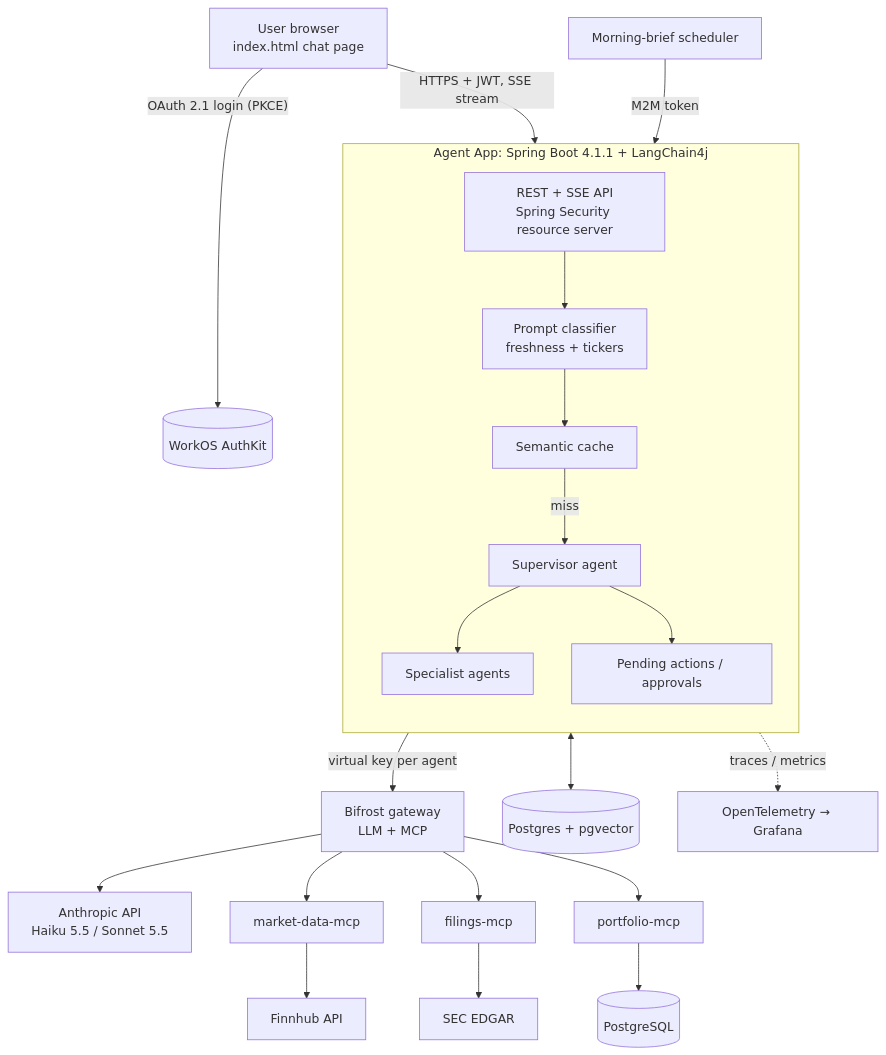
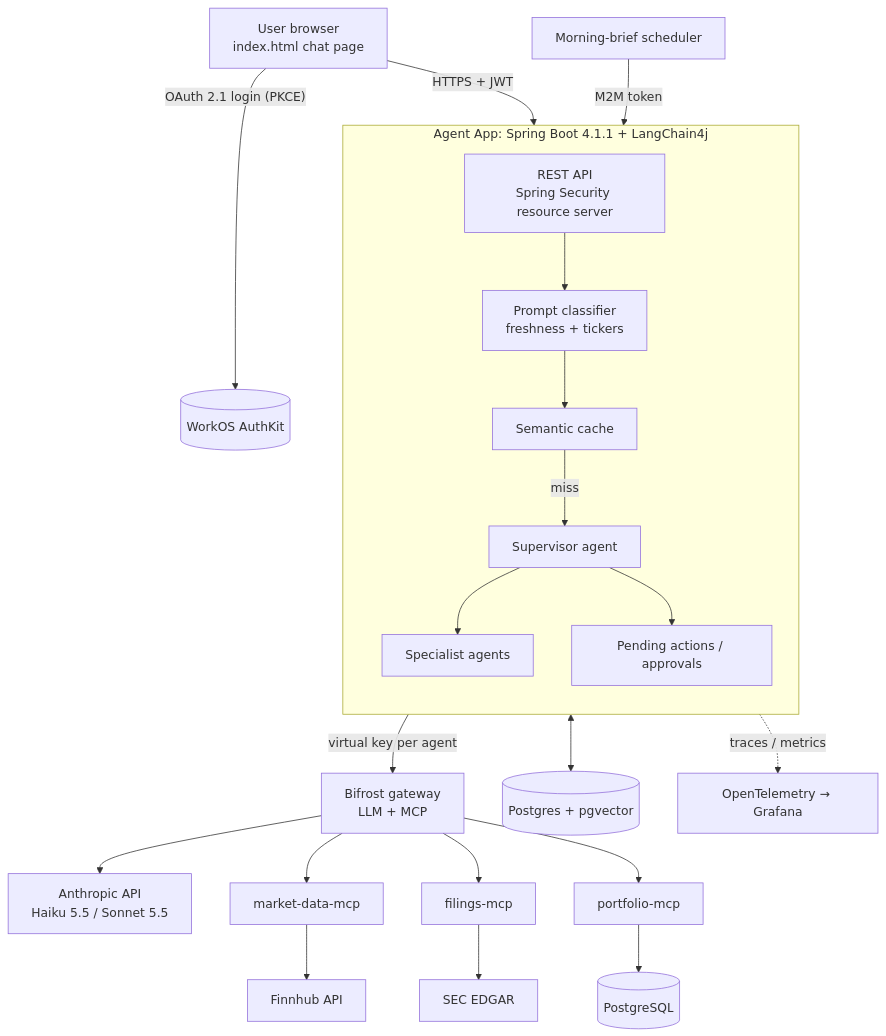
The first of 4 diagrams in docs/requirements/stock-research-agent-spec.md (sri-chalam/stock-research-agent), drawn with Mermaid before and after one commit. The commit also changed other lines of this file and 3 other files, not shown here.

````diff
--- a/docs/requirements/stock-research-agent-spec.md
+++ b/docs/requirements/stock-research-agent-spec.md
@@ -107,32 +107,32 @@
 ```mermaid
 flowchart TB
     U[User browser<br/>index.html chat page] -- "OAuth 2.1 login (PKCE)" --> WOS[(WorkOS AuthKit)]
-    U -- "HTTPS + JWT, SSE stream" --> APP
+    U -- "HTTPS + JWT" --> APP
 
     subgraph APP[Agent App: Spring Boot 4.1.1 + LangChain4j]
       direction TB
-      API[REST + SSE API<br/>Spring Security resource server]
+      API[REST API<br/>Spring Security resource server]
       CLS[Prompt classifier<br/>freshness + tickers]
       SC[Semantic cache]
       SUP[Supervisor agent]
       SPEC[Specialist agents]
       HITL[Pending actions / approvals]
       API --> CLS --> SC
       SC -- miss --> SUP --> SPEC
       SUP --> HITL
     end
 
     APP -- "virtual key per agent" --> BF[Bifrost gateway<br/>LLM + MCP]
     BF --> CLAUDE[Anthropic API<br/>Haiku 5.5 / Sonnet 5.5]
     BF --> MD[market-data-mcp]
     BF --> FL[filings-mcp]
     BF --> PF[portfolio-mcp]
 
     MD --> FH[Finnhub API]
     FL --> SEC[SEC EDGAR]
     PF --> PG[(PostgreSQL)]
 
     APP <--> PGV[(Postgres + pgvector)]
     JOB[Morning-brief scheduler] -- "M2M token" --> APP
     APP -. traces / metrics .-> OBS[OpenTelemetry → Grafana]
 ```
````
